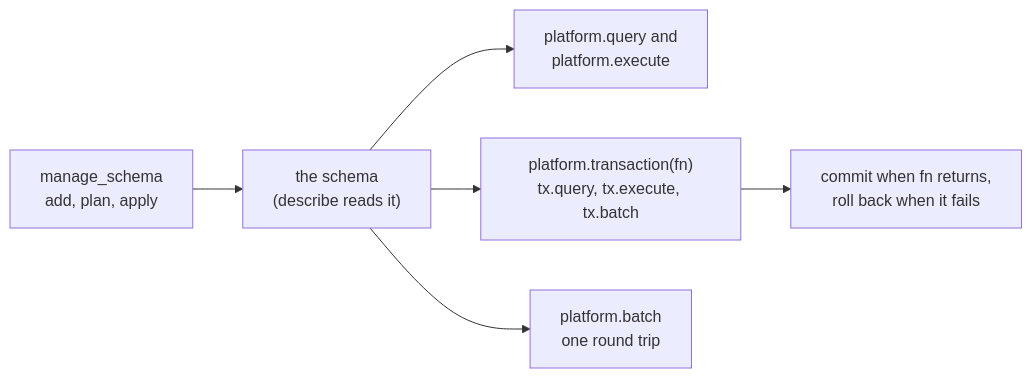
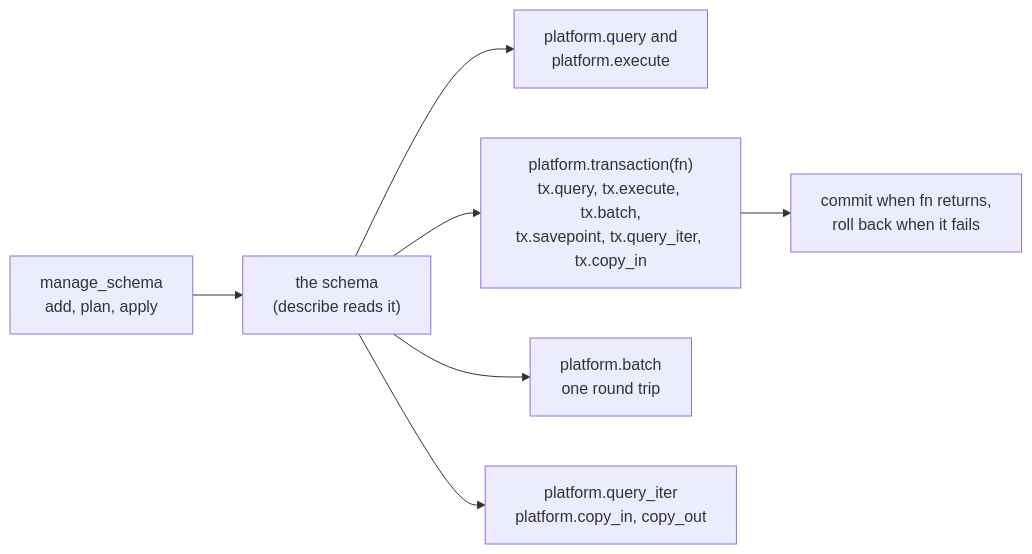
Before and after one commit to txn2/mcp-data-platform: the diagram in internal/platform/knowledgebuiltin/pages/application-databases.md, drawn with Mermaid. The commit also changed other lines of this file and 92 other files, not shown here.

````diff
--- a/internal/platform/knowledgebuiltin/pages/application-databases.md
+++ b/internal/platform/knowledgebuiltin/pages/application-databases.md
@@ -8,8 +8,9 @@
 ```mermaid
 flowchart LR
   M["manage_schema<br/>add, plan, apply"] --> S["the schema<br/>(describe reads it)"]
   S --> Q["platform.query and<br/>platform.execute"]
-  S --> T["platform.transaction(fn)<br/>tx.query, tx.execute, tx.batch"]
+  S --> T["platform.transaction(fn)<br/>tx.query, tx.execute, tx.batch,<br/>tx.savepoint, tx.query_iter, tx.copy_in"]
   S --> B["platform.batch<br/>one round trip"]
+  S --> P["platform.query_iter<br/>platform.copy_in, copy_out"]
   T --> C["commit when fn returns,<br/>roll back when it fails"]
 ```
````
